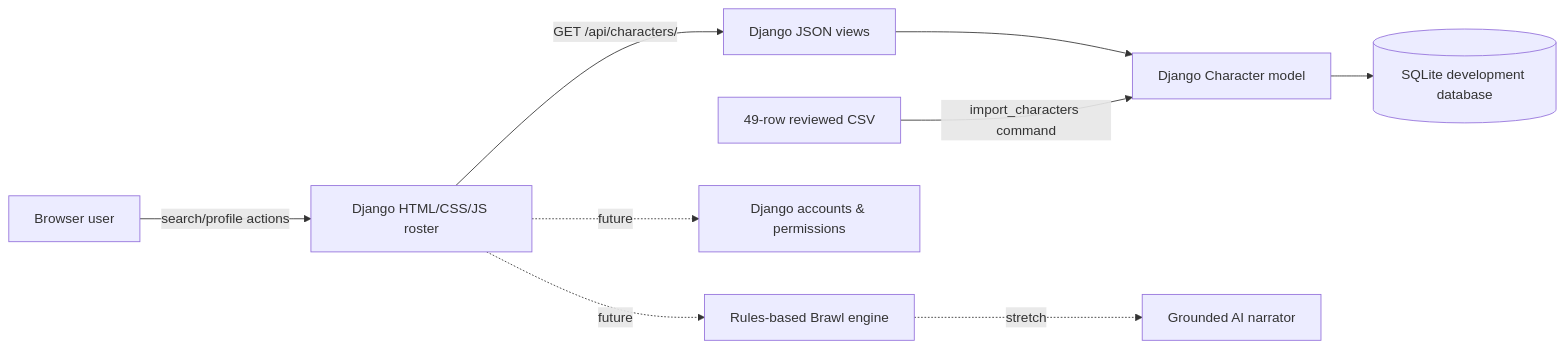
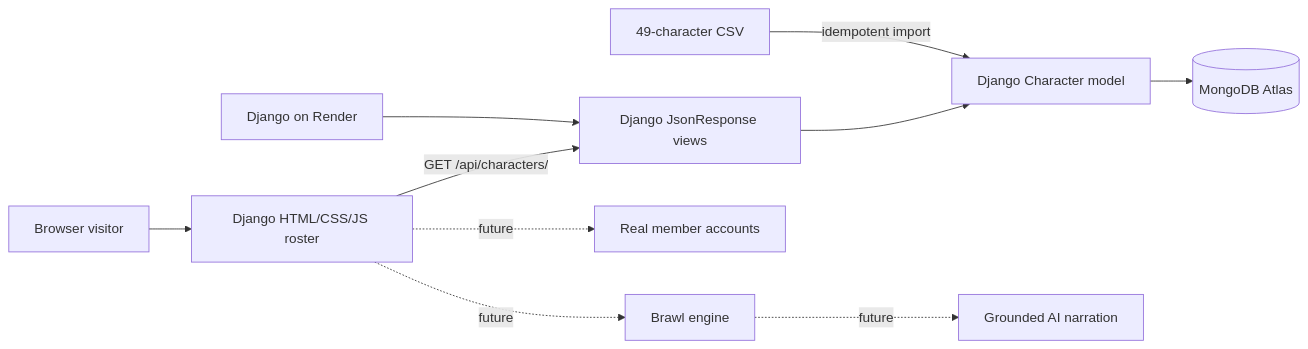
One commit to satya1130/CSC325-Capstone changed the diagram in docs/M7_FEATURE_STATUS.md. Above: the diagram before and after it, drawn with Mermaid. The commit also changed other lines of this file, not shown here.

Commit message:
Update docs/M7_FEATURE_STATUS.md for MongoDB Atlas and Render deployment

````diff
--- a/docs/M7_FEATURE_STATUS.md
+++ b/docs/M7_FEATURE_STATUS.md
@@ -29,11 +30,12 @@
 ```mermaid
 flowchart LR
-  U[Browser user] -->|search/profile actions| FE[Django HTML/CSS/JS roster]
-  FE -->|GET /api/characters/| API[Django JSON views]
+  U[Browser visitor] --> FE[Django HTML/CSS/JS roster]
+  FE -->|GET /api/characters/| API[Django JsonResponse views]
   API --> ORM[Django Character model]
-  CSV[49-row reviewed CSV] -->|import_characters command| ORM
-  ORM --> DB[(SQLite development database)]
-  FE -. future .-> AUTH[Django accounts & permissions]
-  FE -. future .-> BRAWL[Rules-based Brawl engine]
-  BRAWL -. stretch .-> AI[Grounded AI narrator]
+  CSV[49-character CSV] -->|idempotent import| ORM
+  ORM --> DB[(MongoDB Atlas)]
+  APP[Django on Render] --> API
+  FE -. future .-> AUTH[Real member accounts]
+  FE -. future .-> BRAWL[Brawl engine]
+  BRAWL -. future .-> AI[Grounded AI narration]
 ```
````
